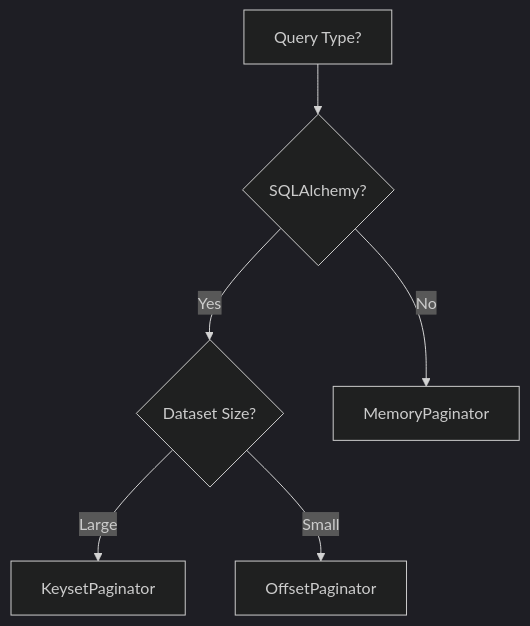
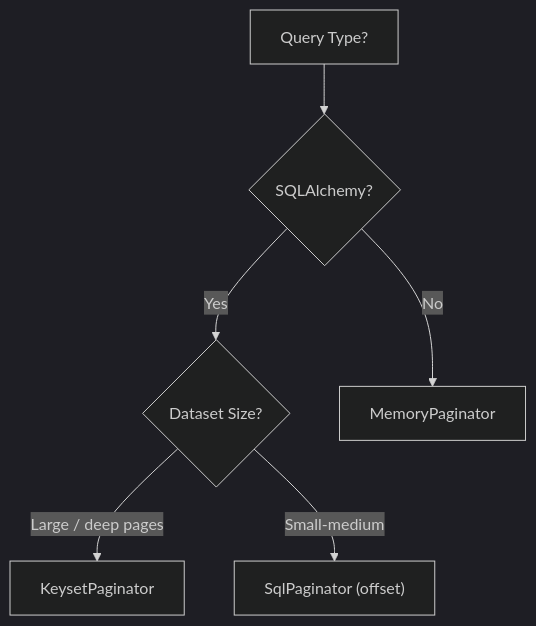
Before and after one commit to CybLow/paginate: the eighth of 9 diagrams in docs/concepts/architecture.md, drawn with Mermaid (dark theme). The commit also changed other lines of this file and 196 other files, not shown here.

````diff
--- a/docs/concepts/architecture.md
+++ b/docs/concepts/architecture.md
@@ -463,9 +615,9 @@
-```mermaid
+```{mermaid}
 flowchart TD
     Q[Query Type?] --> SQL{SQLAlchemy?}
     SQL -->|Yes| Size{Dataset Size?}
     SQL -->|No| MEM[MemoryPaginator]
-    
-    Size -->|Large| KS[KeysetPaginator]
-    Size -->|Small| OFF[OffsetPaginator]
+
+    Size -->|Large / deep pages| KS[KeysetPaginator]
+    Size -->|Small-medium| OFF["SqlPaginator (offset)"]
 ```
````
